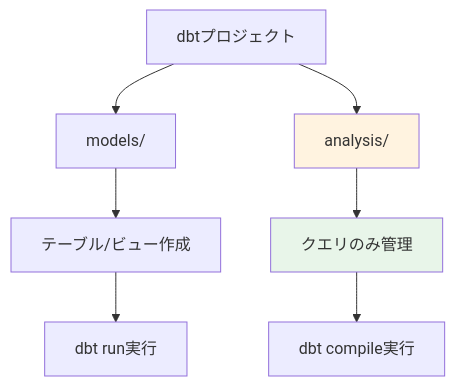
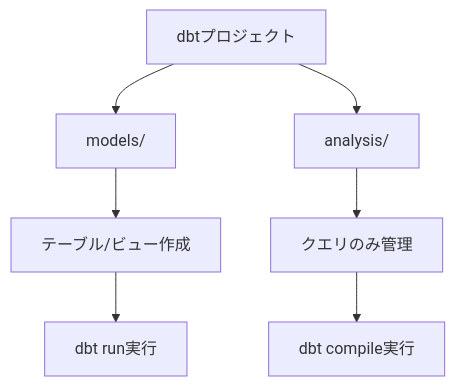
Before and after one commit to 1210yuichi0/1210yuichi0.github.io: the fifth of 11 diagrams in content/Tech/dbt/categories/other-config.md, drawn with Mermaid. The commit also changed other lines of this file and 22 other files, not shown here.

First line of the commit message:
style: remove Mermaid style directives for dark mode compatibility

````diff
--- a/content/Tech/dbt/categories/other-config.md
+++ b/content/Tech/dbt/categories/other-config.md
@@ -712,14 +695,12 @@
 ```mermaid
 graph TB
     A[dbtプロジェクト] --> B[models/]
     A --> C[analysis/]
 
     B --> D[テーブル/ビュー作成]
     C --> E[クエリのみ管理]
 
     D --> F[dbt run実行]
     E --> G[dbt compile実行]
 
-    style C fill:#fff3e0
-    style E fill:#e8f5e9
 ```
````
